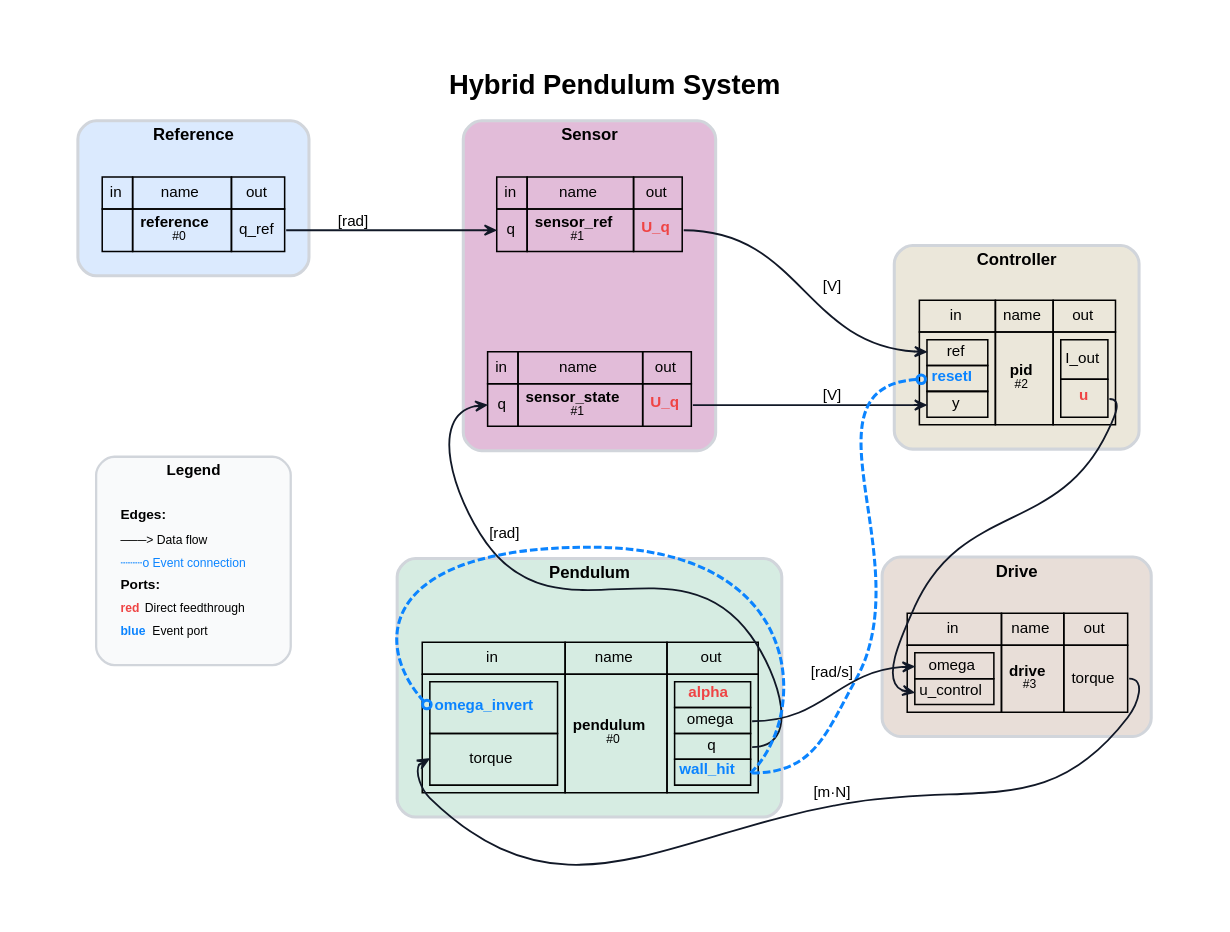
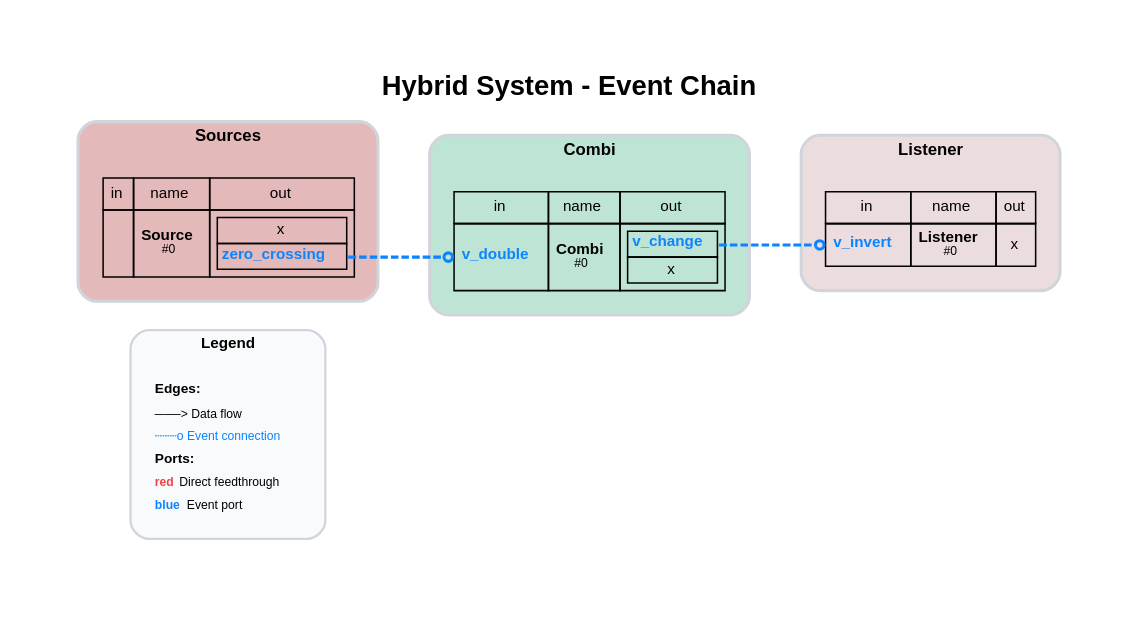
The diagram in demos/ControlledPendulum/MyModels/Hybrid/Digraph.gv (FlorianFrech/SystemSimulation), drawn with Graphviz before and after one commit. The commit also changed 53 other files, not shown here.

```diff
--- a/demos/ControlledPendulum/MyModels/Hybrid/Digraph.gv
+++ b/demos/ControlledPendulum/MyModels/Hybrid/Digraph.gv
@@ -1,49 +1,33 @@
-// System: Hybrid Pendulum System
+// System: Hybrid System - Event Chain
 digraph {
-	graph [bgcolor=white compound=true esep=0 fontname="Helvetica-Bold" fontsize=18 label="Hybrid Pendulum System" labelloc=t margin=0.2 nodesep=0.8 pad=0.5 rankdir=LR ranksep=0.8 sep=0 splines=true]
+	graph [bgcolor=white compound=true esep=0 fontname="Helvetica-Bold" fontsize=18 label="Hybrid System - Event Chain" labelloc=t margin=0.2 nodesep=0.8 pad=0.5 rankdir=LR ranksep=0.8 sep=0 splines=true]
 	node [fillcolor=white fontname=Helvetica fontsize=10 margin="0.05,0.05" shape=plaintext style=""]
 	edge [arrowhead=vee arrowsize=0.7 arrowtail=none color="#111827" dir=forward fontname=Helvetica fontsize=10 labelangle=45 labelfontcolor="#374151" minlen=1.2 penwidth=1.2]
 	subgraph cluster_legend {
 		bgcolor="#f9fafb" color="#d1d5db" fontname="Helvetica-Bold" fontsize=10 label=Legend margin=8 penwidth=1.5 rank=sink style=rounded
 		legend_node [label=<
             <TABLE BORDER="0" CELLBORDER="0" CELLSPACING="2" CELLPADDING="2">
                 <TR><TD ALIGN="LEFT"><FONT POINT-SIZE="9"><B>Edges:</B></FONT></TD></TR>
                 <TR><TD ALIGN="LEFT"><FONT POINT-SIZE="8">───&gt; Data flow</FONT></TD></TR>
                 <TR><TD ALIGN="LEFT"><FONT POINT-SIZE="8" COLOR="#0b84ff">┄┄┄o Event connection</FONT></TD></TR>
                 <TR><TD ALIGN="LEFT"><FONT POINT-SIZE="9"><B>Ports:</B></FONT></TD></TR>
                 <TR><TD ALIGN="LEFT"><FONT POINT-SIZE="8" COLOR="#ef4444"><B>red</B></FONT> Direct feedthrough</TD></TR>
                 <TR><TD ALIGN="LEFT"><FONT POINT-SIZE="8" COLOR="#0b84ff"><B>blue</B></FONT> Event port</TD></TR>
             </TABLE>
             > fontsize=8 shape=plaintext]
 	}
-	subgraph cluster_Reference {
-		bgcolor="#dbeafe" color="#d1d5db" fontname="Helvetica-Bold" fontsize=11 label=Reference margin=12 penwidth=2 style=rounded
-		reference [label=<<TABLE BORDER="0" CELLBORDER="1" CELLSPACING="0" CELLPADDING="4"><TR><TD>in</TD><TD>name</TD><TD>out</TD></TR><TR><TD></TD><TD><B>reference</B><BR/><FONT POINT-SIZE="8">#0</FONT></TD><TD PORT="q_ref">q_ref</TD></TR></TABLE>>]
+	subgraph cluster_Sources {
+		bgcolor="#e3b9b9" color="#d1d5db" fontname="Helvetica-Bold" fontsize=11 label=Sources margin=12 penwidth=2 style=rounded
+		Source [label=<<TABLE BORDER="0" CELLBORDER="1" CELLSPACING="0" CELLPADDING="4"><TR><TD>in</TD><TD>name</TD><TD>out</TD></TR><TR><TD></TD><TD><B>Source</B><BR/><FONT POINT-SIZE="8">#0</FONT></TD><TD><TABLE BORDER="0" CELLBORDER="1" CELLSPACING="0" CELLPADDING="2"><TR><TD PORT="x">x</TD></TR><TR><TD PORT="zero_crossing"><FONT COLOR="#0b84ff"><B>zero_crossing</B></FONT></TD></TR></TABLE></TD></TR></TABLE>>]
 	}
-	subgraph cluster_Sensor {
-		bgcolor="#e2bcd9" color="#d1d5db" fontname="Helvetica-Bold" fontsize=11 label=Sensor margin=12 penwidth=2 style=rounded
-		sensor_ref [label=<<TABLE BORDER="0" CELLBORDER="1" CELLSPACING="0" CELLPADDING="4"><TR><TD>in</TD><TD>name</TD><TD>out</TD></TR><TR><TD PORT="q">q</TD><TD><B>sensor_ref</B><BR/><FONT POINT-SIZE="8">#1</FONT></TD><TD PORT="U_q"><FONT COLOR="#ef4444"><B>U_q</B></FONT></TD></TR></TABLE>>]
-		sensor_state [label=<<TABLE BORDER="0" CELLBORDER="1" CELLSPACING="0" CELLPADDING="4"><TR><TD>in</TD><TD>name</TD><TD>out</TD></TR><TR><TD PORT="q">q</TD><TD><B>sensor_state</B><BR/><FONT POINT-SIZE="8">#1</FONT></TD><TD PORT="U_q"><FONT COLOR="#ef4444"><B>U_q</B></FONT></TD></TR></TABLE>>]
+	subgraph cluster_Combi {
+		bgcolor="#bde4d5" color="#d1d5db" fontname="Helvetica-Bold" fontsize=11 label=Combi margin=12 penwidth=2 style=rounded
+		Combi [label=<<TABLE BORDER="0" CELLBORDER="1" CELLSPACING="0" CELLPADDING="4"><TR><TD>in</TD><TD>name</TD><TD>out</TD></TR><TR><TD PORT="v_double"><FONT COLOR="#0b84ff"><B>v_double</B></FONT></TD><TD><B>Combi</B><BR/><FONT POINT-SIZE="8">#0</FONT></TD><TD><TABLE BORDER="0" CELLBORDER="1" CELLSPACING="0" CELLPADDING="2"><TR><TD PORT="v_change"><FONT COLOR="#0b84ff"><B>v_change</B></FONT></TD></TR><TR><TD PORT="x">x</TD></TR></TABLE></TD></TR></TABLE>>]
 	}
-	subgraph cluster_Controller {
-		bgcolor="#ebe7da" color="#d1d5db" fontname="Helvetica-Bold" fontsize=11 label=Controller margin=12 penwidth=2 style=rounded
-		pid [label=<<TABLE BORDER="0" CELLBORDER="1" CELLSPACING="0" CELLPADDING="4"><TR><TD>in</TD><TD>name</TD><TD>out</TD></TR><TR><TD><TABLE BORDER="0" CELLBORDER="1" CELLSPACING="0" CELLPADDING="2"><TR><TD PORT="ref">ref</TD></TR><TR><TD PORT="resetI"><FONT COLOR="#0b84ff"><B>resetI</B></FONT></TD></TR><TR><TD PORT="y">y</TD></TR></TABLE></TD><TD><B>pid</B><BR/><FONT POINT-SIZE="8">#2</FONT></TD><TD><TABLE BORDER="0" CELLBORDER="1" CELLSPACING="0" CELLPADDING="2"><TR><TD PORT="I_out">I_out</TD></TR><TR><TD PORT="u"><FONT COLOR="#ef4444"><B>u</B></FONT></TD></TR></TABLE></TD></TR></TABLE>>]
+	subgraph cluster_Listener {
+		bgcolor="#ebdddd" color="#d1d5db" fontname="Helvetica-Bold" fontsize=11 label=Listener margin=12 penwidth=2 style=rounded
+		Listener [label=<<TABLE BORDER="0" CELLBORDER="1" CELLSPACING="0" CELLPADDING="4"><TR><TD>in</TD><TD>name</TD><TD>out</TD></TR><TR><TD PORT="v_invert"><FONT COLOR="#0b84ff"><B>v_invert</B></FONT></TD><TD><B>Listener</B><BR/><FONT POINT-SIZE="8">#0</FONT></TD><TD PORT="x">x</TD></TR></TABLE>>]
 	}
-	subgraph cluster_Drive {
-		bgcolor="#e8ded8" color="#d1d5db" fontname="Helvetica-Bold" fontsize=11 label=Drive margin=12 penwidth=2 style=rounded
-		drive [label=<<TABLE BORDER="0" CELLBORDER="1" CELLSPACING="0" CELLPADDING="4"><TR><TD>in</TD><TD>name</TD><TD>out</TD></TR><TR><TD><TABLE BORDER="0" CELLBORDER="1" CELLSPACING="0" CELLPADDING="2"><TR><TD PORT="omega">omega</TD></TR><TR><TD PORT="u_control">u_control</TD></TR></TABLE></TD><TD><B>drive</B><BR/><FONT POINT-SIZE="8">#3</FONT></TD><TD PORT="torque">torque</TD></TR></TABLE>>]
-	}
-	subgraph cluster_Pendulum {
-		bgcolor="#d6ece2" color="#d1d5db" fontname="Helvetica-Bold" fontsize=11 label=Pendulum margin=12 penwidth=2 style=rounded
-		pendulum [label=<<TABLE BORDER="0" CELLBORDER="1" CELLSPACING="0" CELLPADDING="4"><TR><TD>in</TD><TD>name</TD><TD>out</TD></TR><TR><TD><TABLE BORDER="0" CELLBORDER="1" CELLSPACING="0" CELLPADDING="2"><TR><TD PORT="omega_invert"><FONT COLOR="#0b84ff"><B>omega_invert</B></FONT></TD></TR><TR><TD PORT="torque">torque</TD></TR></TABLE></TD><TD><B>pendulum</B><BR/><FONT POINT-SIZE="8">#0</FONT></TD><TD><TABLE BORDER="0" CELLBORDER="1" CELLSPACING="0" CELLPADDING="2"><TR><TD PORT="alpha"><FONT COLOR="#ef4444"><B>alpha</B></FONT></TD></TR><TR><TD PORT="omega">omega</TD></TR><TR><TD PORT="q">q</TD></TR><TR><TD PORT="wall_hit"><FONT COLOR="#0b84ff"><B>wall_hit</B></FONT></TD></TR></TABLE></TD></TR></TABLE>>]
-	}
-	reference -> sensor_ref [label="[rad]" color="#111827" headclip=true headport="q:w" style=solid tailclip=true tailport="q_ref:e"]
-	pendulum -> sensor_state [label="[rad]" color="#111827" headclip=true headport="q:w" style=solid tailclip=true tailport="q:e"]
-	sensor_ref -> pid [label="[V]" color="#111827" headclip=true headport="ref:w" style=solid tailclip=true tailport="U_q:e"]
-	sensor_state -> pid [label="[V]" color="#111827" headclip=true headport="y:w" style=solid tailclip=true tailport="U_q:e"]
-	pid -> drive [label="" color="#111827" headclip=true headport="u_control:w" style=solid tailclip=true tailport="u:e"]
-	drive -> pendulum [label="[m·N]" color="#111827" headclip=true headport="torque:w" style=solid tailclip=true tailport="torque:e"]
-	pendulum -> drive [label="[rad/s]" color="#111827" headclip=true headport="omega:w" style=solid tailclip=true tailport="omega:e"]
-	pendulum -> pid [label="" arrowhead=odot color="#0b84ff" fontcolor="#0b84ff" headclip=true headport="resetI:w" penwidth=2.0 style=dashed tailclip=true tailport="wall_hit:e"]
-	pendulum -> pendulum [label="" arrowhead=odot color="#0b84ff" fontcolor="#0b84ff" headclip=true headport="omega_invert:w" penwidth=2.0 style=dashed tailclip=true tailport="wall_hit:e"]
+	Source -> Combi [label="" arrowhead=odot color="#0b84ff" fontcolor="#0b84ff" headclip=true headport="v_double:w" penwidth=2.0 style=dashed tailclip=true tailport="zero_crossing:e"]
+	Combi -> Listener [label="" arrowhead=odot color="#0b84ff" fontcolor="#0b84ff" headclip=true headport="v_invert:w" penwidth=2.0 style=dashed tailclip=true tailport="v_change:e"]
 }
```
